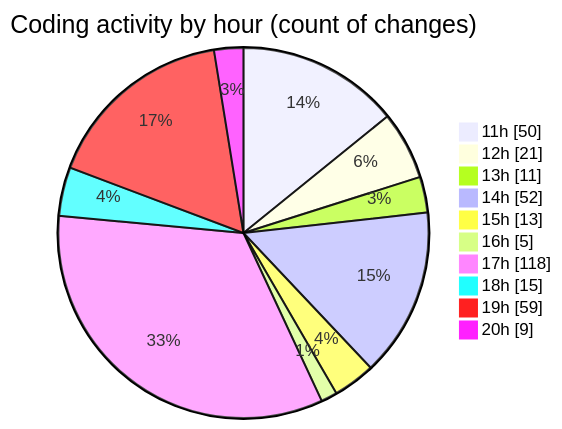
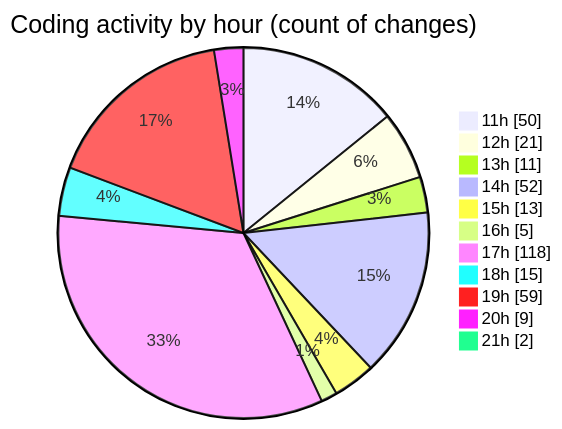
Before and after one commit to tmsrecording-cyber/code-tracking: the second of 2 diagrams in 2026-02-06/singularitybrainai/README.md, drawn with Mermaid. The commit also changed other lines of this file and 1 other file, not shown here.

````diff
--- a/2026-02-06/singularitybrainai/README.md
+++ b/2026-02-06/singularitybrainai/README.md
@@ -53,14 +54,15 @@
 ```mermaid
 pie showData
 title Coding activity by hour (count of changes)
 "11h" : 50
 "12h" : 21
 "13h" : 11
 "14h" : 52
 "15h" : 13
 "16h" : 5
 "17h" : 118
 "18h" : 15
 "19h" : 59
 "20h" : 9
+"21h" : 2
 ```
````
